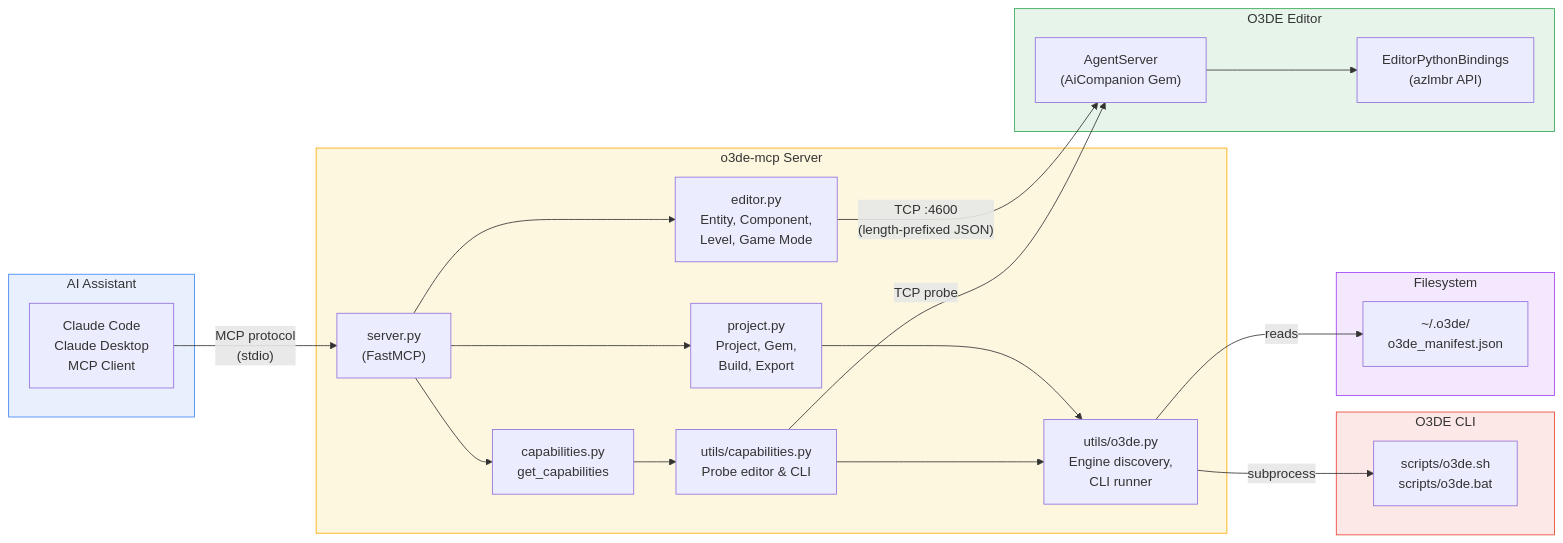
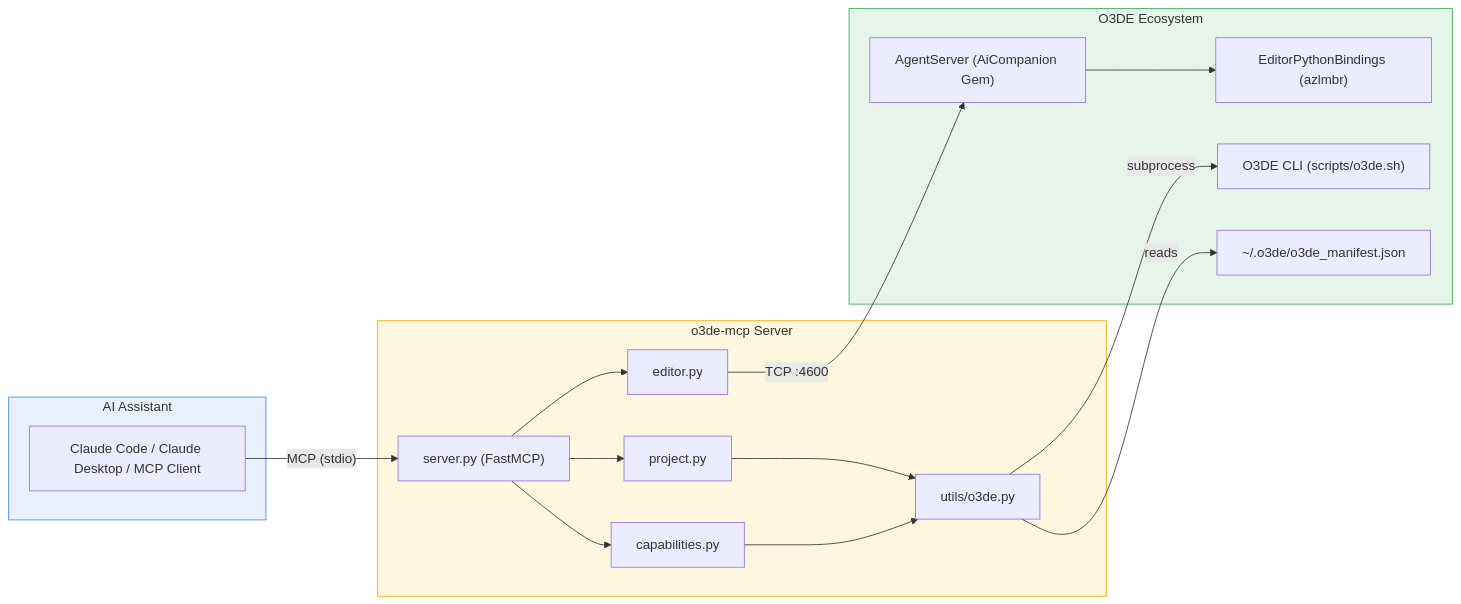
The diagram in docs/architecture.md (nickschuetz/o3de-mcp), drawn with Mermaid before and after one commit. The commit also changed other lines of this file and 4 other files, not shown here.

First line of the commit message:
Release v0.3.0 — AgentServer protocol, TLS, architecture docs

````diff
--- a/docs/architecture.md
+++ b/docs/architecture.md
@@ -13,47 +13,30 @@
 ```mermaid
 graph LR
     subgraph AI["AI Assistant"]
-        CC["Claude Code<br/>Claude Desktop<br/>MCP Client"]
+        CC["Claude Code / Claude Desktop / MCP Client"]
     end
 
     subgraph MCP["o3de-mcp Server"]
-        S["server.py<br/>(FastMCP)"]
-        CAP["capabilities.py<br/>get_capabilities"]
-        ED["editor.py<br/>Entity, Component,<br/>Level, Game Mode"]
-        PR["project.py<br/>Project, Gem,<br/>Build, Export"]
-        UC["utils/capabilities.py<br/>Probe editor & CLI"]
-        UO["utils/o3de.py<br/>Engine discovery,<br/>CLI runner"]
+        S["server.py (FastMCP)"]
+        ED["editor.py"] & PR["project.py"] & CAP["capabilities.py"]
+        UO["utils/o3de.py"]
     end
 
-    subgraph O3DE["O3DE Editor"]
-        AS["AgentServer<br/>(AiCompanion Gem)"]
-        EPB["EditorPythonBindings<br/>(azlmbr API)"]
+    subgraph O3DE["O3DE Ecosystem"]
+        AS["AgentServer (AiCompanion Gem)"] --> EPB["EditorPythonBindings (azlmbr)"]
+        SCRIPT["O3DE CLI (scripts/o3de.sh)"]
+        MANIFEST["~/.o3de/o3de_manifest.json"]
     end
 
-    subgraph CLI["O3DE CLI"]
-        SCRIPT["scripts/o3de.sh<br/>scripts/o3de.bat"]
-    end
-
-    subgraph FS["Filesystem"]
-        MANIFEST["~/.o3de/<br/>o3de_manifest.json"]
-    end
-
-    CC -- "MCP protocol<br/>(stdio)" --> S
-    S --> CAP
-    S --> ED
-    S --> PR
-    CAP --> UC
-    ED -- "TCP :4600<br/>(length-prefixed JSON)" --> AS
-    AS --> EPB
+    CC -- "MCP (stdio)" --> S
+    S --> ED & PR & CAP
+    ED -- "TCP :4600" --> AS
     PR --> UO
+    CAP --> UO
     UO -- subprocess --> SCRIPT
     UO -- reads --> MANIFEST
-    UC --> UO
-    UC -- "TCP probe" --> AS
 
     style AI fill:#e8f0fe,stroke:#4285f4
     style MCP fill:#fef7e0,stroke:#f9ab00
     style O3DE fill:#e6f4ea,stroke:#34a853
-    style CLI fill:#fce8e6,stroke:#ea4335
-    style FS fill:#f3e8fd,stroke:#a142f4
 ```
````
